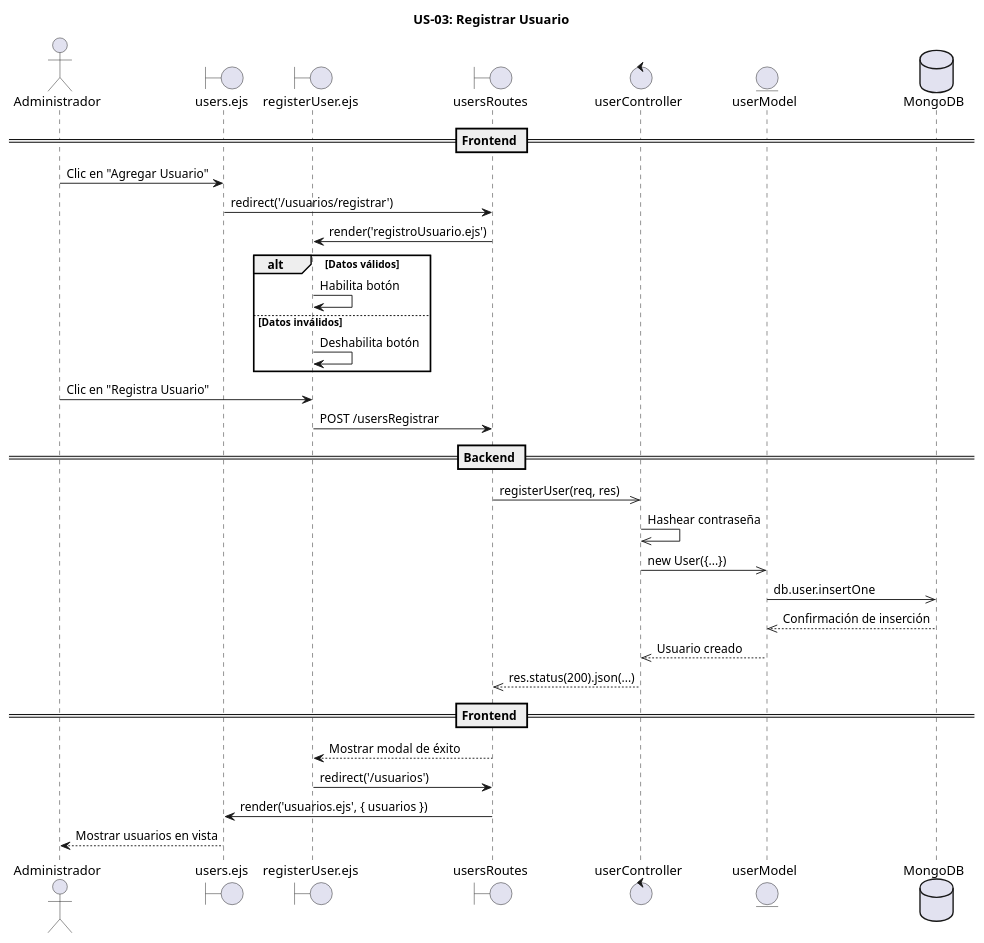
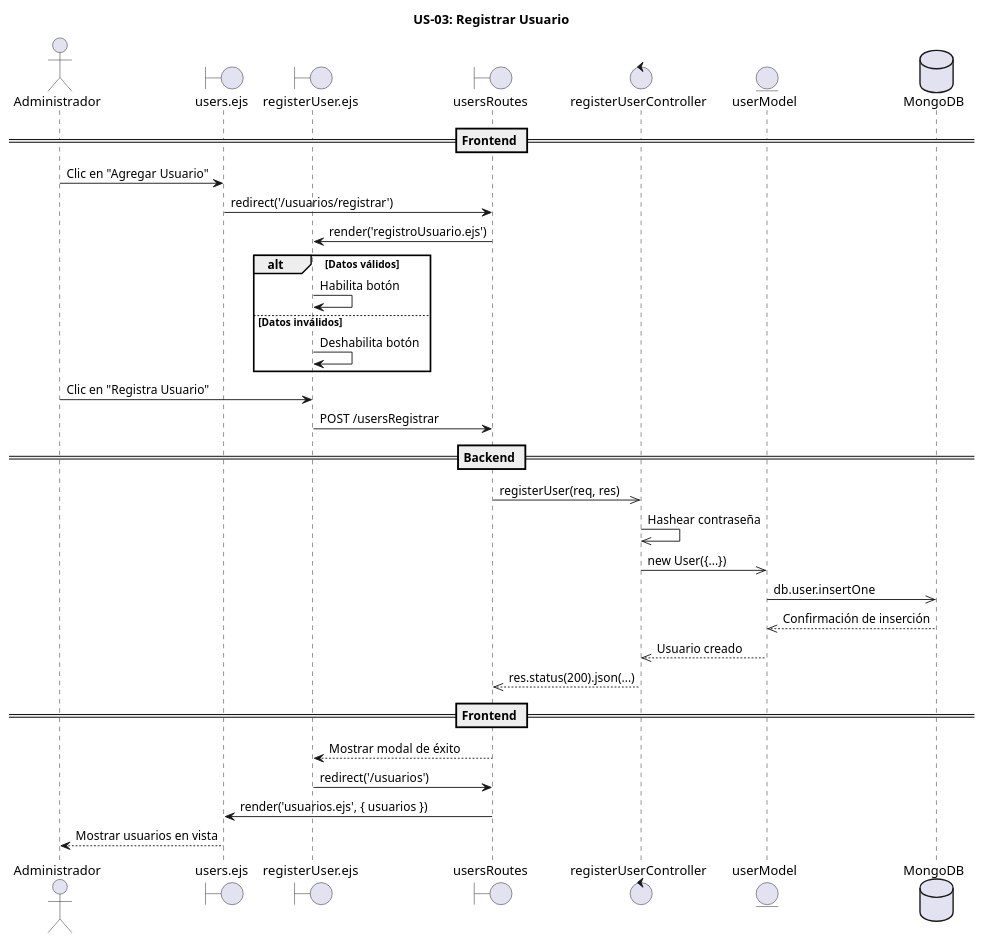
One commit to PIX3L-IT/dieselflow-dise-o changed the diagram in MVP/US-03-registrarUsuario/US-03-registrarUsuario.puml. Above: the diagram before and after it, drawn with PlantUML. The commit also changed 1 other file, not shown here.

Commit message:
fix: nombre controller US-03

```diff
--- a/MVP/US-03-registrarUsuario/US-03-registrarUsuario.puml
+++ b/MVP/US-03-registrarUsuario/US-03-registrarUsuario.puml
@@ -1,44 +1,44 @@
 @startuml
 title US-03: Registrar Usuario
 
 actor Administrador
 
 boundary "users.ejs" as VistaUsuarios
 boundary "registerUser.ejs" as VistaRegistro
 boundary "usersRoutes" as Router
-control "userController" as Controller
+control "registerUserController" as Controller
 entity "userModel" as Modelo
 database "MongoDB" as DB
 
 == Frontend ==
 Administrador -> VistaUsuarios : Clic en "Agregar Usuario"
 VistaUsuarios -> Router : redirect('/usuarios/registrar')
 Router -> VistaRegistro : render('registroUsuario.ejs')
 alt Datos válidos
   VistaRegistro -> VistaRegistro : Habilita botón
 else Datos inválidos
   VistaRegistro -> VistaRegistro : Deshabilita botón
 end
 
 Administrador -> VistaRegistro : Clic en "Registra Usuario"
 VistaRegistro -> Router : POST /usersRegistrar
 
 == Backend ==
 Router ->> Controller : registerUser(req, res)
 Controller ->> Controller : Hashear contraseña
 Controller ->> Modelo : new User({...})
 
 Modelo ->> DB : db.user.insertOne
 DB -->> Modelo : Confirmación de inserción
 Modelo -->> Controller : Usuario creado
 
 Controller -->> Router : res.status(200).json(...)
 
 == Frontend ==
 Router --> VistaRegistro : Mostrar modal de éxito
 
 VistaRegistro -> Router : redirect('/usuarios')
 Router -> VistaUsuarios : render('usuarios.ejs', { usuarios })
 VistaUsuarios --> Administrador : Mostrar usuarios en vista
 
 @enduml
```
